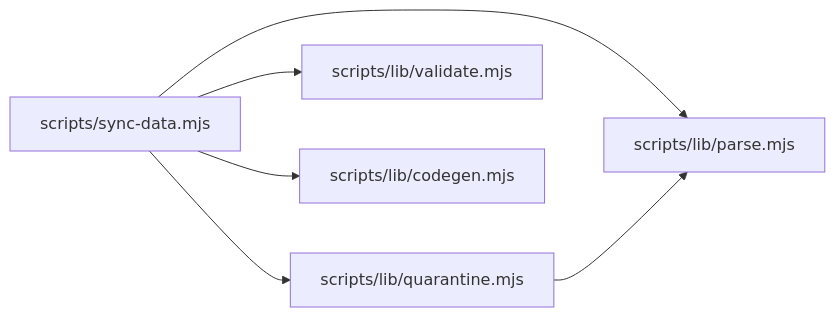
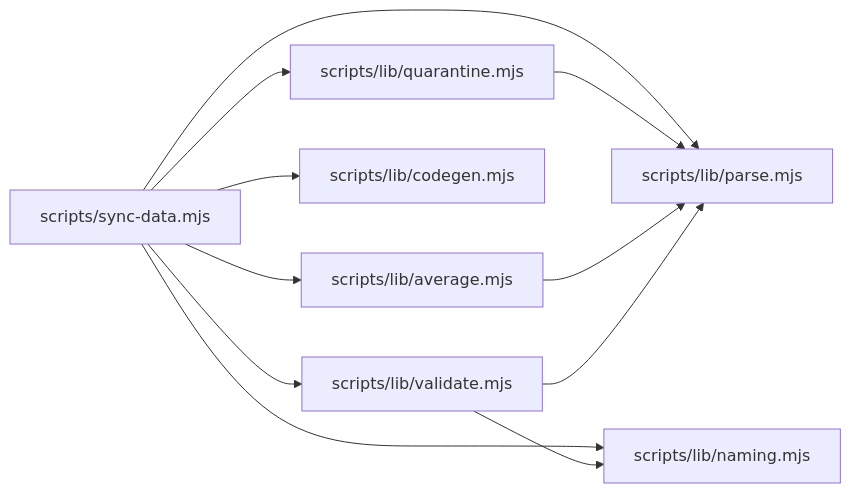
Before and after one commit to delirium-dj/modelcomp: the ninth of 9 diagrams in .qoder/repowiki/en/content/Data Management System/Data Synchronization Pipeline/Sync Script Overview.md, drawn with Mermaid. The commit also changed other lines of this file and 147 other files, not shown here.

````diff
--- a/.qoder/repowiki/en/content/Data Management System/Data Synchronization Pipeline/Sync Script Overview.md
+++ b/.qoder/repowiki/en/content/Data Management System/Data Synchronization Pipeline/Sync Script Overview.md
@@ -393,8 +479,13 @@
 ```mermaid
 graph LR
 SD["scripts/sync-data.mjs"] --> P["scripts/lib/parse.mjs"]
 SD --> Q["scripts/lib/quarantine.mjs"]
 SD --> V["scripts/lib/validate.mjs"]
 SD --> C["scripts/lib/codegen.mjs"]
+SD --> A["scripts/lib/average.mjs"]
+SD --> N["scripts/lib/naming.mjs"]
 Q --> P
+A --> P
+V --> P
+V --> N
 ```
````
